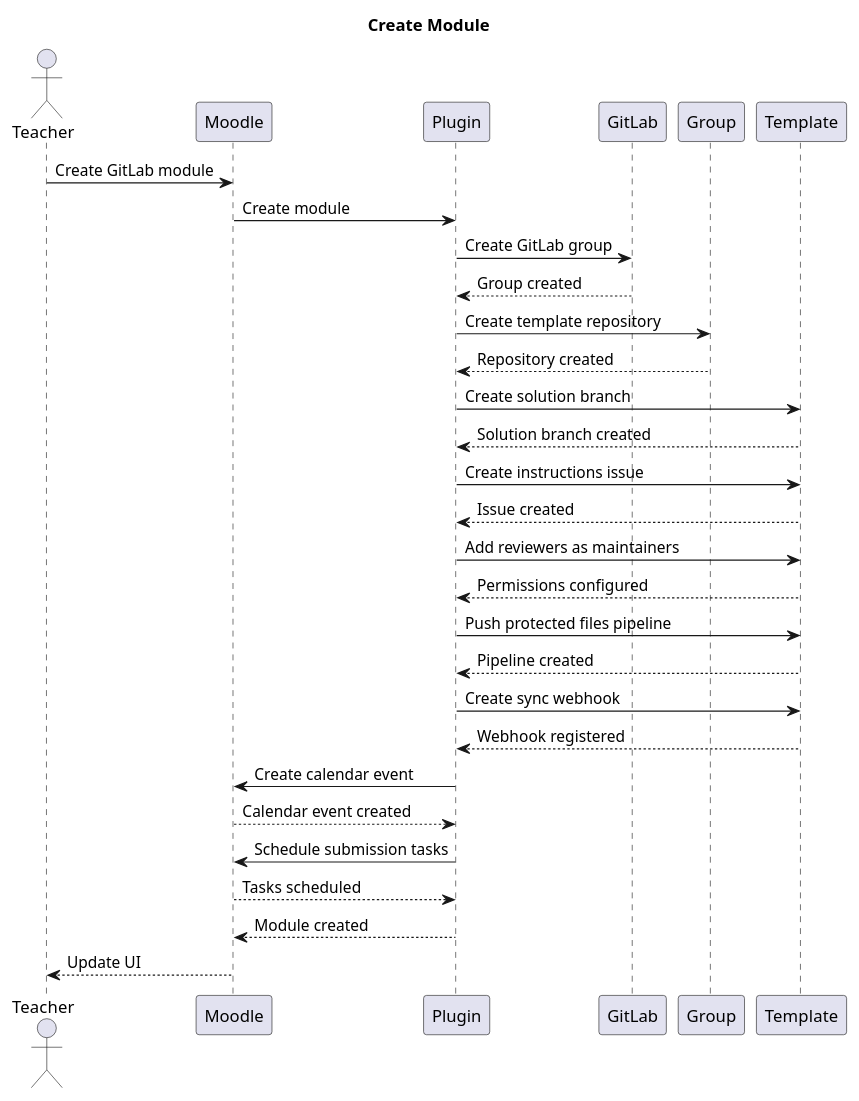
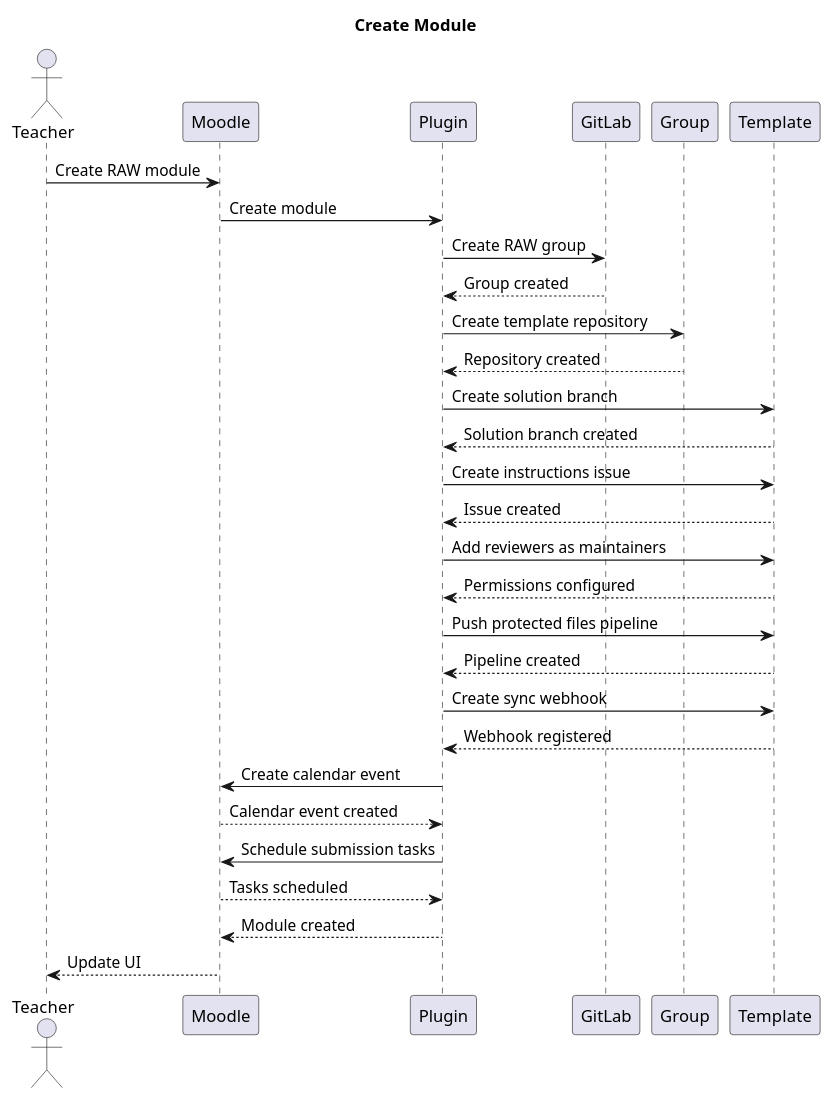
The diagram in docs/flows/create_module.puml (LeonardJouve/moodle-gitlab-integration), drawn with PlantUML before and after one commit. The commit also changed 13 other files, not shown here.

```diff
--- a/docs/flows/create_module.puml
+++ b/docs/flows/create_module.puml
@@ -1,44 +1,44 @@
 @startuml
 title Create Module
 
 actor Teacher
 participant Moodle
 participant Plugin
 participant GitLab
 participant Group
 participant Template
 
-Teacher -> Moodle: Create GitLab module
+Teacher -> Moodle: Create RAW module
 Moodle -> Plugin: Create module
 
-Plugin -> GitLab: Create GitLab group
+Plugin -> GitLab: Create RAW group
 GitLab --> Plugin: Group created
 
 Plugin -> Group: Create template repository
 Group --> Plugin: Repository created
 
 Plugin -> Template: Create solution branch
 Template --> Plugin: Solution branch created
 
 Plugin -> Template: Create instructions issue
 Template --> Plugin: Issue created
 
 Plugin -> Template: Add reviewers as maintainers
 Template --> Plugin: Permissions configured
 
 Plugin -> Template: Push protected files pipeline
 Template --> Plugin: Pipeline created
 
 Plugin -> Template: Create sync webhook
 Template --> Plugin: Webhook registered
 
 Plugin -> Moodle: Create calendar event
 Moodle --> Plugin: Calendar event created
 
 Plugin -> Moodle: Schedule submission tasks
 Moodle --> Plugin: Tasks scheduled
 
 Plugin --> Moodle: Module created
 
 Moodle --> Teacher: Update UI
 @enduml
```
